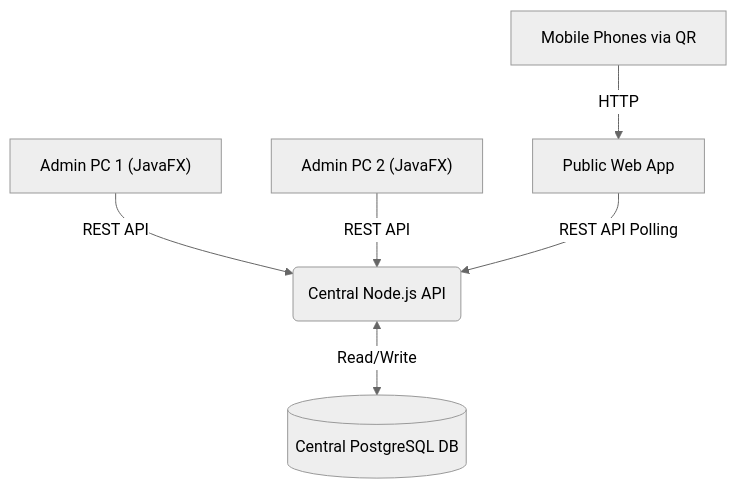
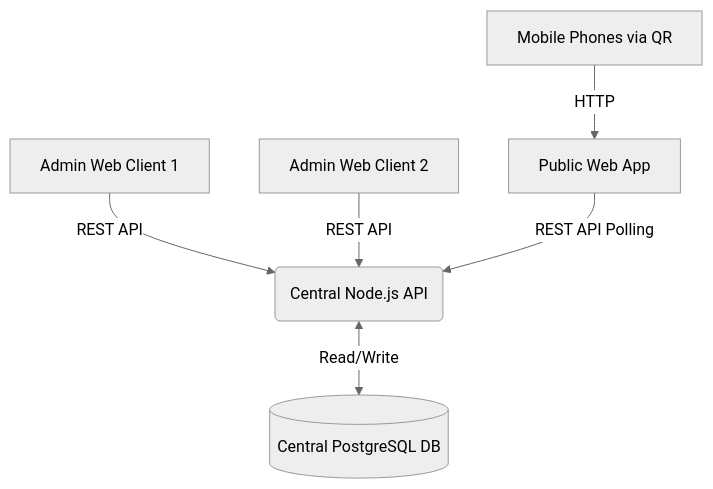
Before and after one commit to Nirmit-Angane/SportX: the diagram in README.md, drawn with Mermaid (neutral theme). The commit also changed other lines of this file, not shown here.

Commit message:
Update README to reflect removal of legacy Java app and modern web architecture

````diff
--- a/README.md
+++ b/README.md
@@ -11,8 +11,8 @@
 ```mermaid
 graph TD
-    A["Admin PC 1 (JavaFX)"] -->|REST API| C("Central Node.js API")
-    B["Admin PC 2 (JavaFX)"] -->|REST API| C
+    A["Admin Web Client 1"] -->|REST API| C("Central Node.js API")
+    B["Admin Web Client 2"] -->|REST API| C
     C <-->|Read/Write| D[("Central PostgreSQL DB")]
     E["Public Web App"] -->|REST API Polling| C
     F["Mobile Phones via QR"] -->|HTTP| E
 ```
````
